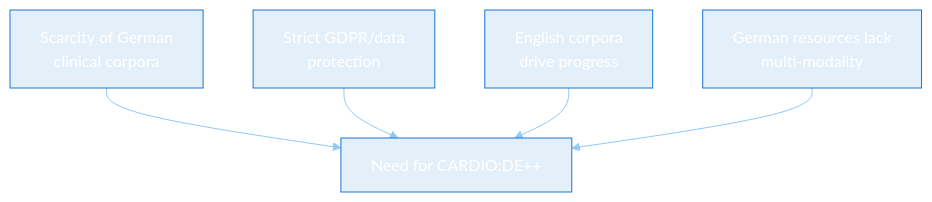
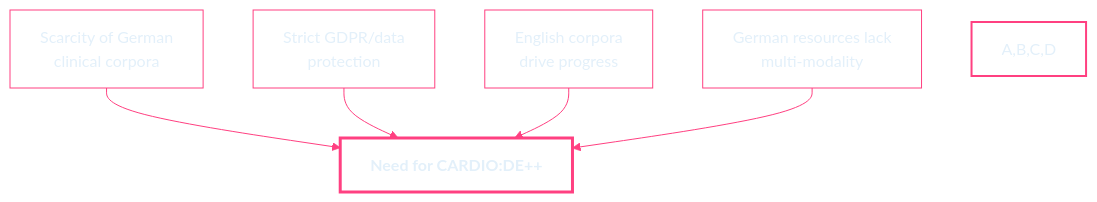
Before and after one commit to phiwi/cardio_dfg: the first of 5 diagrams in slides.md, drawn with Mermaid. The commit also changed other lines of this file and 3 other files, not shown here.

````diff
--- a/slides.md
+++ b/slides.md
@@ -162,17 +170,25 @@
 ```mermaid
-%%{init: {'theme': 'base', 'themeVariables': { 'primaryColor': '#1976d2', 'primaryTextColor': '#ffffff', 'primaryBorderColor': '#0f2027', 'lineColor': '#90caf9', 'textColor': '#1976d2', 'mainBkg': '#e3f0fa', 'nodeBorder': '#1976d2' }}}%%
+%%{init: {'theme': 'base', 'themeVariables': { 
+    'primaryColor': 'transparent', 
+    'primaryTextColor': '#e3f0fa', 
+    'lineColor': '#ff4081', 
+    'textColor': '#e3f0fa', 
+    'mainBkg': 'transparent', 
+    'nodeBorder': '#ff4081' 
+}}}%%
 flowchart TD
 
     A["Scarcity of German<br>  clinical corpora"]
     B["Strict GDPR/data<br>  protection"]
     C["English corpora <br> drive progress"]
     D["German resources lack<br>  multi-modality"]
     E["Need for CARDIO:DE++"]
 
     A --> E
     B --> E
     C --> E
     D --> E
 
-    classDef E fill:#1976d2,stroke:#0f2027,stroke-width:3px,color:#fff;
+    style A,B,C,D stroke-width:2px
+    style E stroke-width:3px,font-weight:bold
 ```
````
